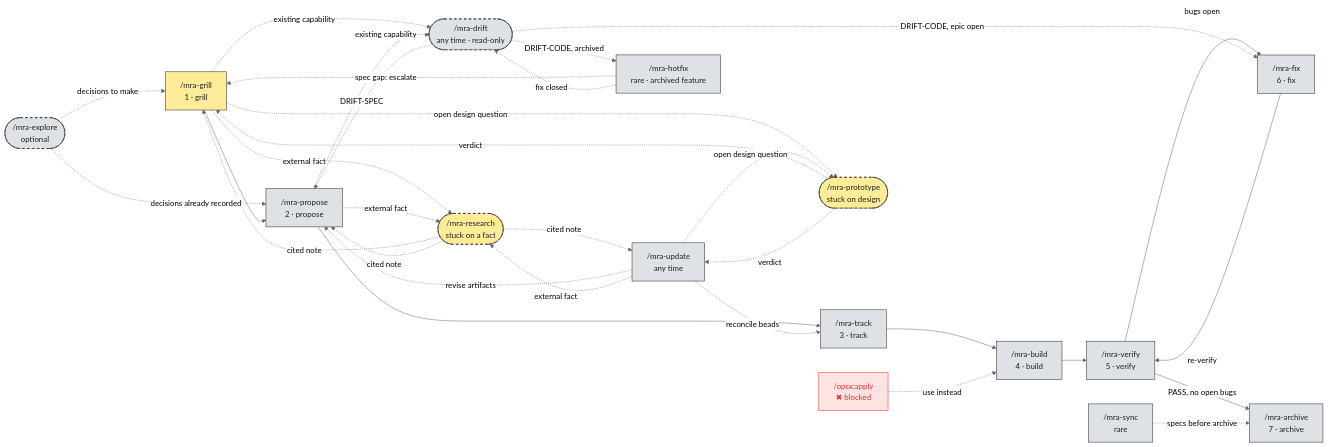
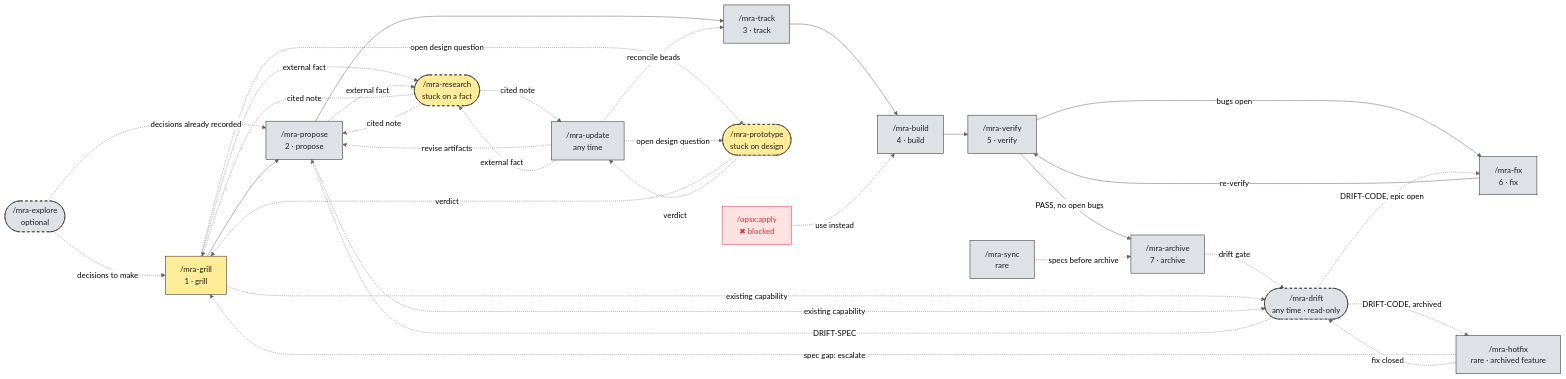
The first of 5 diagrams in payload/orchestrator/.mra-flow/docs/mra-flow.md (Ancora-Ancora/mra-flow), drawn with Mermaid (neutral theme) before and after one commit. The commit also changed other lines of this file and 4 other files, not shown here.

First line of the commit message:
Gate /mra-archive on spec drift since the change branched; release 0.1.15

````diff
--- a/payload/orchestrator/.mra-flow/docs/mra-flow.md
+++ b/payload/orchestrator/.mra-flow/docs/mra-flow.md
@@ -9,52 +9,53 @@
 ```mermaid
 flowchart LR
     classDef phase fill:#dee2e6,stroke:#1e1e1e,color:#1e1e1e
     classDef mpwrap fill:#ffec99,stroke:#1e1e1e,color:#1e1e1e
     classDef optional fill:#dee2e6,stroke:#1e1e1e,stroke-dasharray:5 5,color:#1e1e1e
     classDef mpwrapopt fill:#ffec99,stroke:#1e1e1e,stroke-dasharray:5 5,color:#1e1e1e
     classDef blocked fill:#ffe3e3,stroke:#e03131,color:#e03131
 
     explore(["/mra-explore<br/>optional"]):::optional
     grill["/mra-grill<br/>1 · grill"]:::mpwrap
     propose["/mra-propose<br/>2 · propose"]:::phase
     track["/mra-track<br/>3 · track"]:::phase
     build["/mra-build<br/>4 · build"]:::phase
     verify["/mra-verify<br/>5 · verify"]:::phase
     fix["/mra-fix<br/>6 · fix"]:::phase
     archive["/mra-archive<br/>7 · archive"]:::phase
     update["/mra-update<br/>any time"]:::phase
     sync["/mra-sync<br/>rare"]:::phase
     hotfix["/mra-hotfix<br/>rare · archived feature"]:::phase
     drift(["/mra-drift<br/>any time · read-only"]):::optional
     proto(["/mra-prototype<br/>stuck on design"]):::mpwrapopt
     research(["/mra-research<br/>stuck on a fact"]):::mpwrapopt
     apply["/opsx:apply<br/>✖ blocked"]:::blocked
 
     explore -. decisions to make .-> grill
     explore -. decisions already recorded .-> propose
     grill --> propose --> track --> build --> verify
     verify -- bugs open --> fix
     fix -- re-verify --> verify
     verify -- "PASS, no open bugs" --> archive
+    archive -. drift gate .-> drift
     update -. revise artifacts .-> propose
     update -. reconcile beads .-> track
     sync -. specs before archive .-> archive
     hotfix -. spec gap: escalate .-> grill
     hotfix -. fix closed .-> drift
     grill -. existing capability .-> drift
     propose -. existing capability .-> drift
     drift -. DRIFT-SPEC .-> propose
     drift -. DRIFT-CODE, epic open .-> fix
     drift -. DRIFT-CODE, archived .-> hotfix
     grill -. open design question .-> proto
     update -. open design question .-> proto
     proto -. verdict .-> grill
     proto -. verdict .-> update
     grill -. external fact .-> research
     propose -. external fact .-> research
     update -. external fact .-> research
     research -. cited note .-> grill
     research -. cited note .-> propose
     research -. cited note .-> update
     apply -. use instead .-> build
 ```
````
